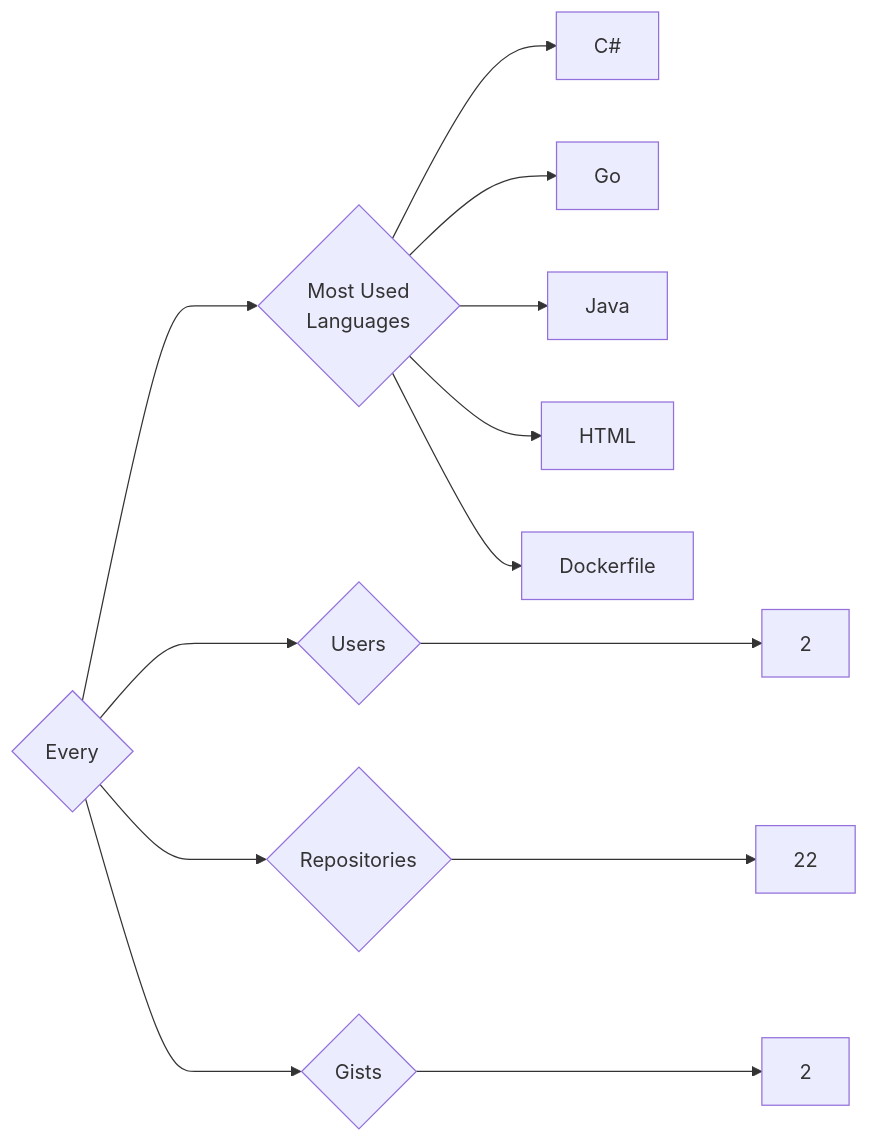
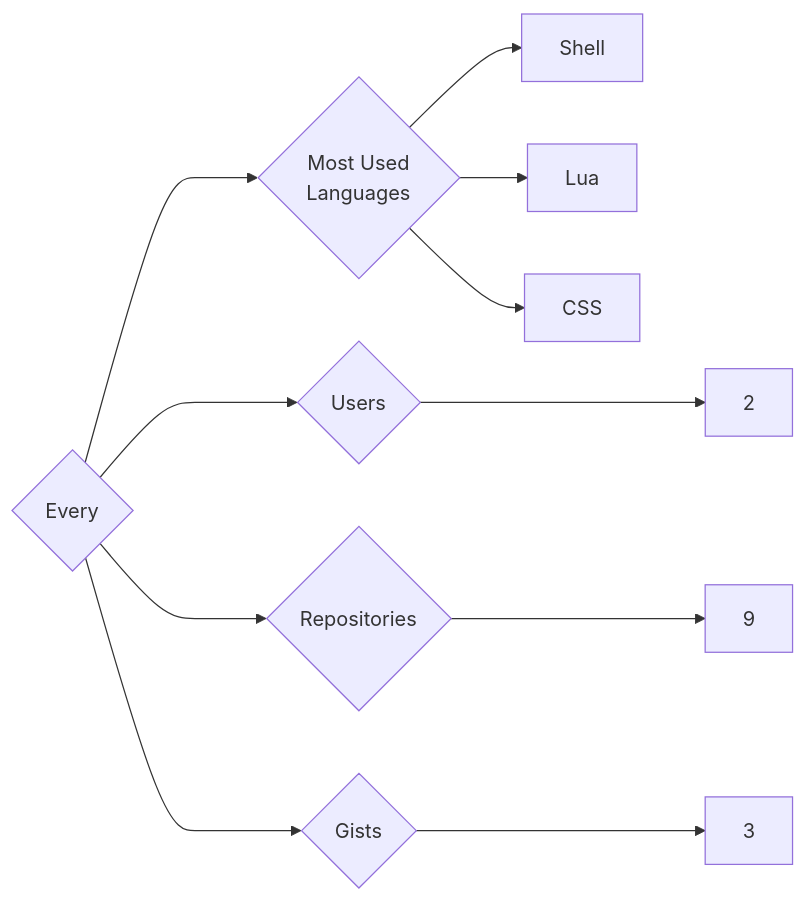
The diagram in targets/Every/README.md (trickest/insiders), drawn with Mermaid before and after one commit. The commit also changed 933 other files, not shown here.

````diff
--- a/targets/Every/README.md
+++ b/targets/Every/README.md
@@ -3,13 +3,11 @@
 ```mermaid
 graph LR
 COMPANY_NAME{Every}
 COMPANY_NAME ---> U{Users} ---> UN[2]
-COMPANY_NAME ---> R{Repositories} ---> RN[22]
-COMPANY_NAME ---> G{Gists} ---> GN[2]
+COMPANY_NAME ---> R{Repositories} ---> RN[9]
+COMPANY_NAME ---> G{Gists} ---> GN[3]
 COMPANY_NAME ---> ML{Most Used<br>Languages}
-ML --> C#[C#]
-ML --> Go[Go]
-ML --> Java[Java]
-ML --> HTML[HTML]
-ML --> Dockerfile[Dockerfile]
+ML --> Shell[Shell]
+ML --> Lua[Lua]
+ML --> CSS[CSS]
 ```
````
